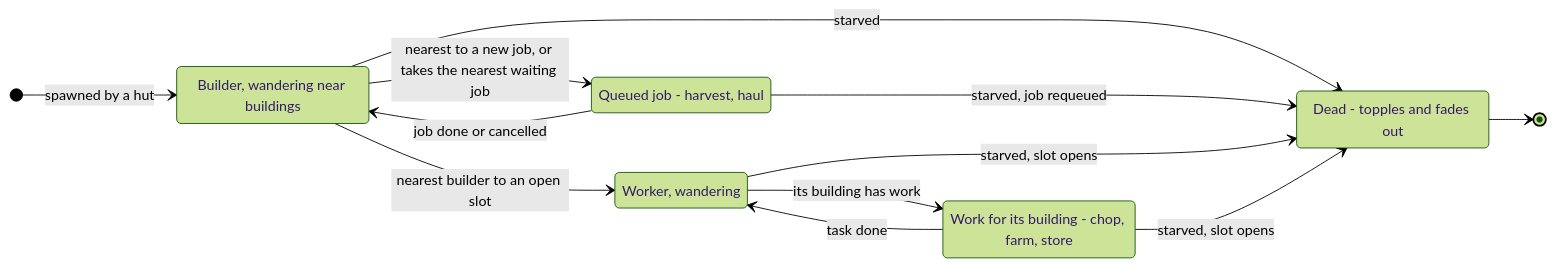
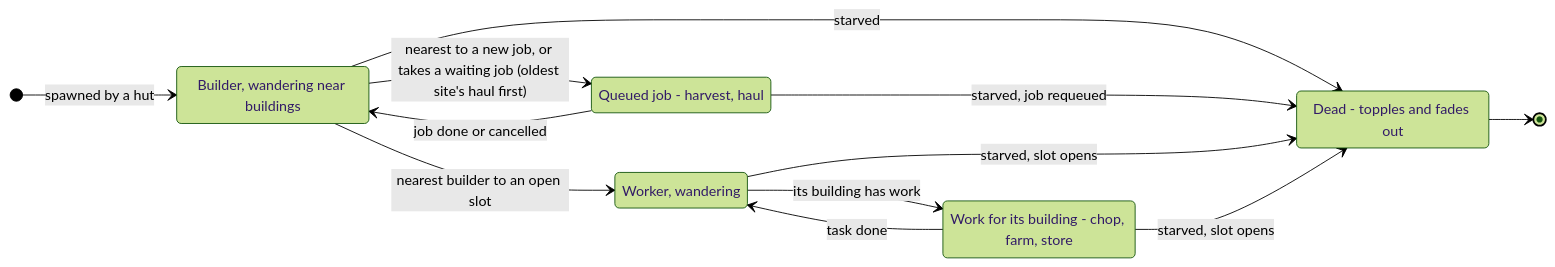
The sixth of 11 diagrams in docs/architecture.md (Liam-M-Mays/game-jam-2026), drawn with Mermaid (forest theme) before and after one commit. The commit also changed other lines of this file and 6 other files, not shown here.

Commit message:
Sites ask for several stages at once, up to a builder cap; oldest site first (#149)

````diff
--- a/docs/architecture.md
+++ b/docs/architecture.md
@@ -253,21 +253,21 @@
 ```mermaid
 stateDiagram-v2
     direction LR
     Wandering: Builder, wandering near buildings
     QueuedJob: Queued job - harvest, haul
     WorkerWandering: Worker, wandering
     Work: Work for its building - chop, farm, store
     Dead: Dead - topples and fades out
 
     [*] --> Wandering: spawned by a hut
-    Wandering --> QueuedJob: nearest to a new job, or takes the nearest waiting job
+    Wandering --> QueuedJob: nearest to a new job, or takes a waiting job (oldest site's haul first)
     QueuedJob --> Wandering: job done or cancelled
     Wandering --> WorkerWandering: nearest builder to an open slot
     WorkerWandering --> Work: its building has work
     Work --> WorkerWandering: task done
     Wandering --> Dead: starved
     QueuedJob --> Dead: starved, job requeued
     WorkerWandering --> Dead: starved, slot opens
     Work --> Dead: starved, slot opens
     Dead --> [*]
 ```
````
